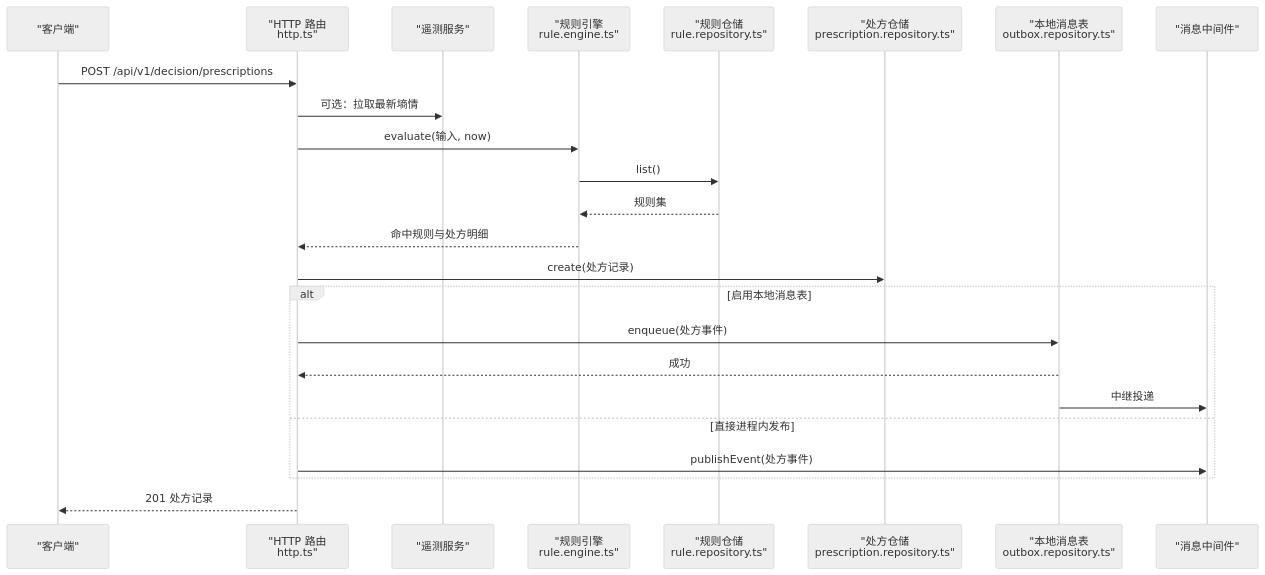
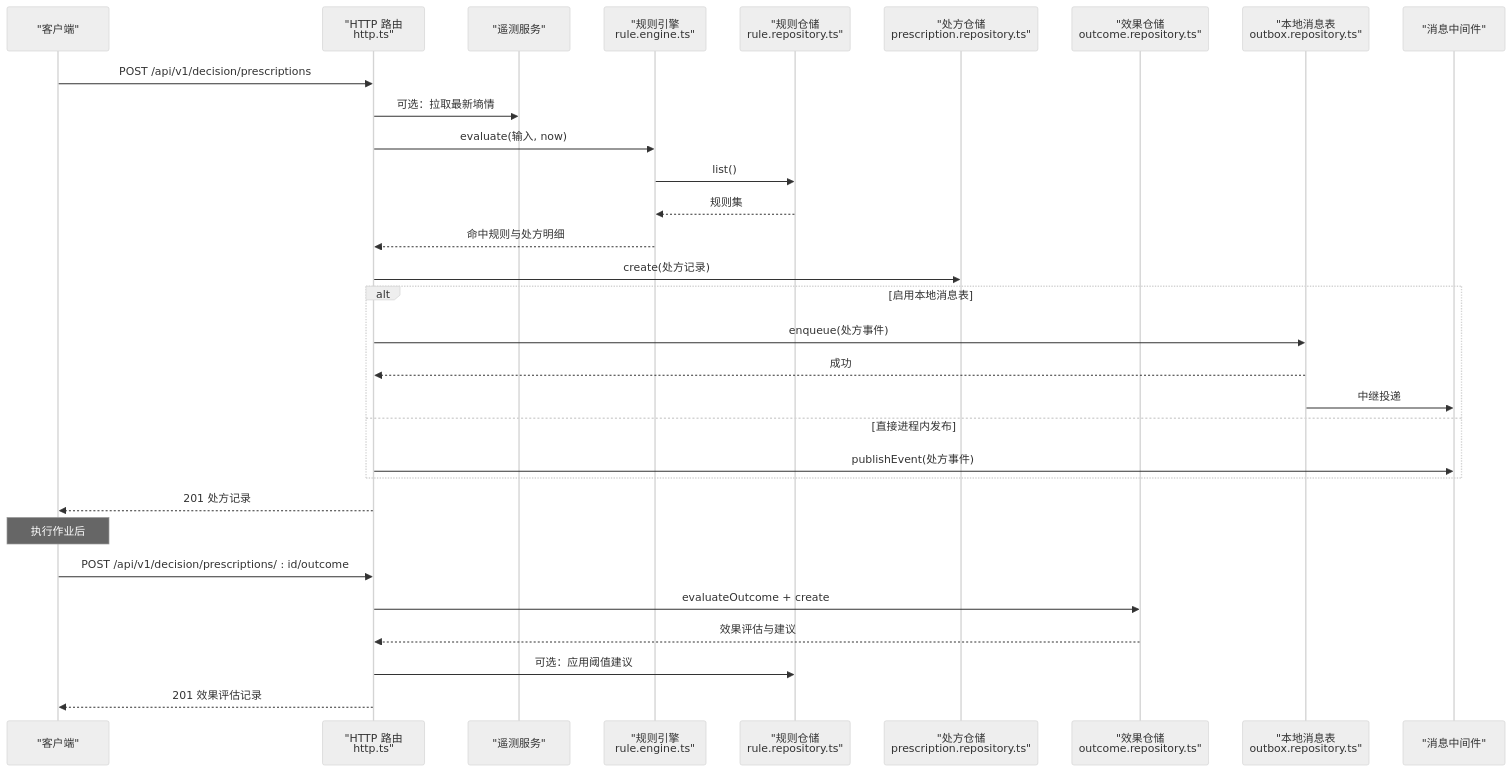
The second of 11 diagrams in .qoder/repowiki/zh/content/核心服务文档/智能决策服务/智能决策服务.md (q446328246/agri-platform), drawn with Mermaid (neutral theme) before and after one commit. The commit also changed other lines of this file and 84 other files, not shown here.

````diff
--- a/.qoder/repowiki/zh/content/核心服务文档/智能决策服务/智能决策服务.md
+++ b/.qoder/repowiki/zh/content/核心服务文档/智能决策服务/智能决策服务.md
@@ -97,26 +116,33 @@
 ```mermaid
 sequenceDiagram
 participant Client as "客户端"
 participant HTTP as "HTTP 路由<br/>http.ts"
 participant Telemetry as "遥测服务"
 participant Engine as "规则引擎<br/>rule.engine.ts"
 participant RuleRepo as "规则仓储<br/>rule.repository.ts"
 participant PrescRepo as "处方仓储<br/>prescription.repository.ts"
+participant OutcomeRepo as "效果仓储<br/>outcome.repository.ts"
 participant Outbox as "本地消息表<br/>outbox.repository.ts"
 participant MQ as "消息中间件"
 Client->>HTTP : POST /api/v1/decision/prescriptions
 HTTP->>Telemetry : 可选：拉取最新墒情
 HTTP->>Engine : evaluate(输入, now)
 Engine->>RuleRepo : list()
 RuleRepo-->>Engine : 规则集
 Engine-->>HTTP : 命中规则与处方明细
 HTTP->>PrescRepo : create(处方记录)
 alt 启用本地消息表
 HTTP->>Outbox : enqueue(处方事件)
 Outbox-->>HTTP : 成功
 Outbox->>MQ : 中继投递
 else 直接进程内发布
 HTTP->>MQ : publishEvent(处方事件)
 end
 HTTP-->>Client : 201 处方记录
+Note over Client : 执行作业后
+Client->>HTTP : POST /api/v1/decision/prescriptions/ : id/outcome
+HTTP->>OutcomeRepo : evaluateOutcome + create
+OutcomeRepo-->>HTTP : 效果评估与建议
+HTTP->>RuleRepo : 可选：应用阈值建议
+HTTP-->>Client : 201 效果评估记录
 ```
````
